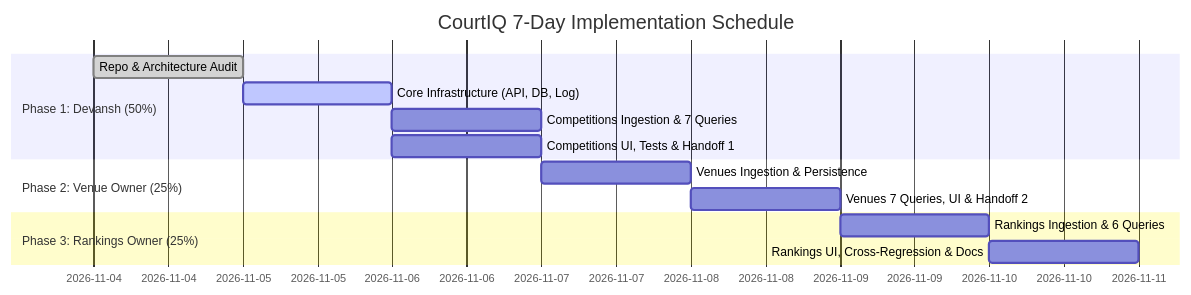
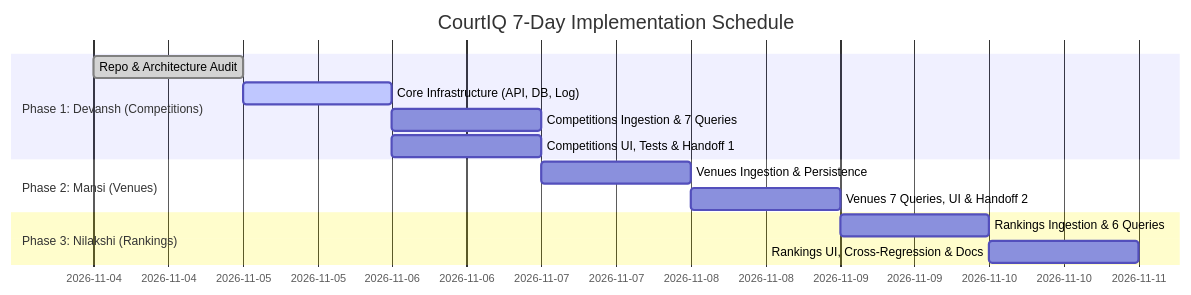
One commit to Devansh54/CourtIQ changed the diagram in docs/IMPLEMENTATION_PLAN.md. Above: the diagram before and after it, drawn with Mermaid. The commit also changed other lines of this file and 23 other files, not shown here.

Commit message:
feat(release): remove contributor percentages, add 1-click database initialization, and repair venues/rankings UI

````diff
--- a/docs/IMPLEMENTATION_PLAN.md
+++ b/docs/IMPLEMENTATION_PLAN.md
@@ -14,16 +14,16 @@
 ```mermaid
 gantt
     title CourtIQ 7-Day Implementation Schedule
     dateFormat  YYYY-MM-DD
-    section Phase 1: Devansh (50%)
+    section Phase 1: Devansh (Competitions)
     Repo & Architecture Audit           :done,    p1_1, 2026-11-04, 1d
     Core Infrastructure (API, DB, Log)   :active,  p1_2, 2026-11-05, 1d
     Competitions Ingestion & 7 Queries   :         p1_3, 2026-11-06, 1d
     Competitions UI, Tests & Handoff 1   :         p1_4, 2026-11-06, 1d
-    section Phase 2: Venue Owner (25%)
+    section Phase 2: Mansi (Venues)
     Venues Ingestion & Persistence       :         p2_1, 2026-11-07, 1d
     Venues 7 Queries, UI & Handoff 2     :         p2_2, 2026-11-08, 1d
-    section Phase 3: Rankings Owner (25%)
+    section Phase 3: Nilakshi (Rankings)
     Rankings Ingestion & 6 Queries       :         p3_1, 2026-11-09, 1d
     Rankings UI, Cross-Regression & Docs :         p3_2, 2026-11-10, 1d
 ```
````
